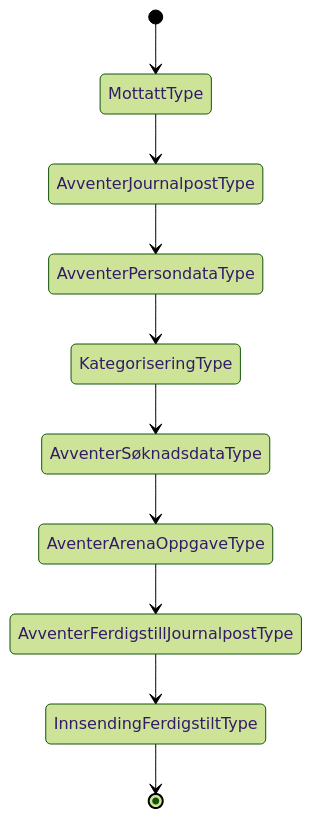
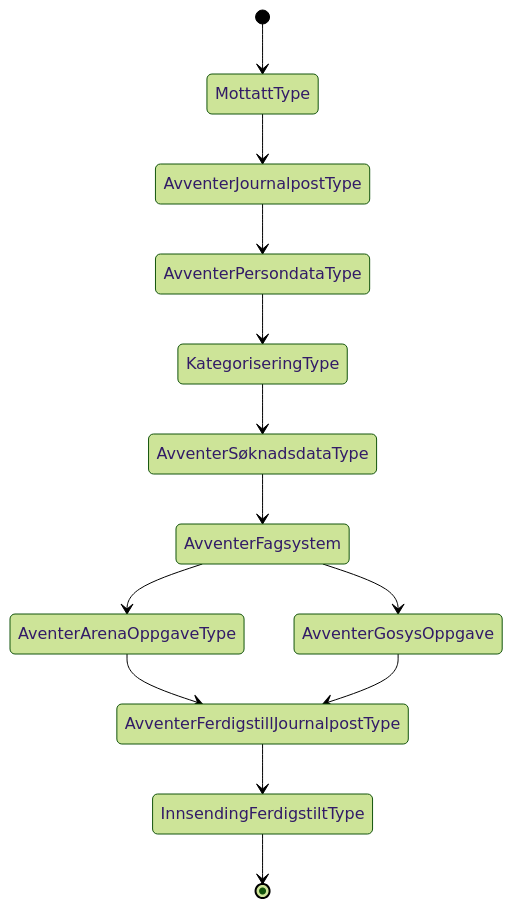
One commit to navikt/dp-mottak changed the diagram in docs/arkitektur/tilstander/NAVe 04-01.04.approved.md. Above: the diagram before and after it, drawn with Mermaid (forest theme). The commit also changed 10 other files, not shown here.

````diff
--- a/docs/arkitektur/tilstander/NAVe 04-01.04.approved.md
+++ b/docs/arkitektur/tilstander/NAVe 04-01.04.approved.md
@@ -3,12 +3,15 @@
 ```mermaid
    stateDiagram
    [*]-->MottattType
    	MottattType --> AvventerJournalpostType
 	AvventerJournalpostType --> AvventerPersondataType
 	AvventerPersondataType --> KategoriseringType
 	KategoriseringType --> AvventerSøknadsdataType
-	AvventerSøknadsdataType --> AventerArenaOppgaveType
+	AvventerSøknadsdataType --> AvventerFagsystem
+    AvventerFagsystem --> AventerArenaOppgaveType
+    AvventerFagsystem --> AvventerGosysOppgave
 	AventerArenaOppgaveType --> AvventerFerdigstillJournalpostType
+    AvventerGosysOppgave --> AvventerFerdigstillJournalpostType
 	AvventerFerdigstillJournalpostType --> InnsendingFerdigstiltType
    InnsendingFerdigstiltType--> [*]    
 ```
````
